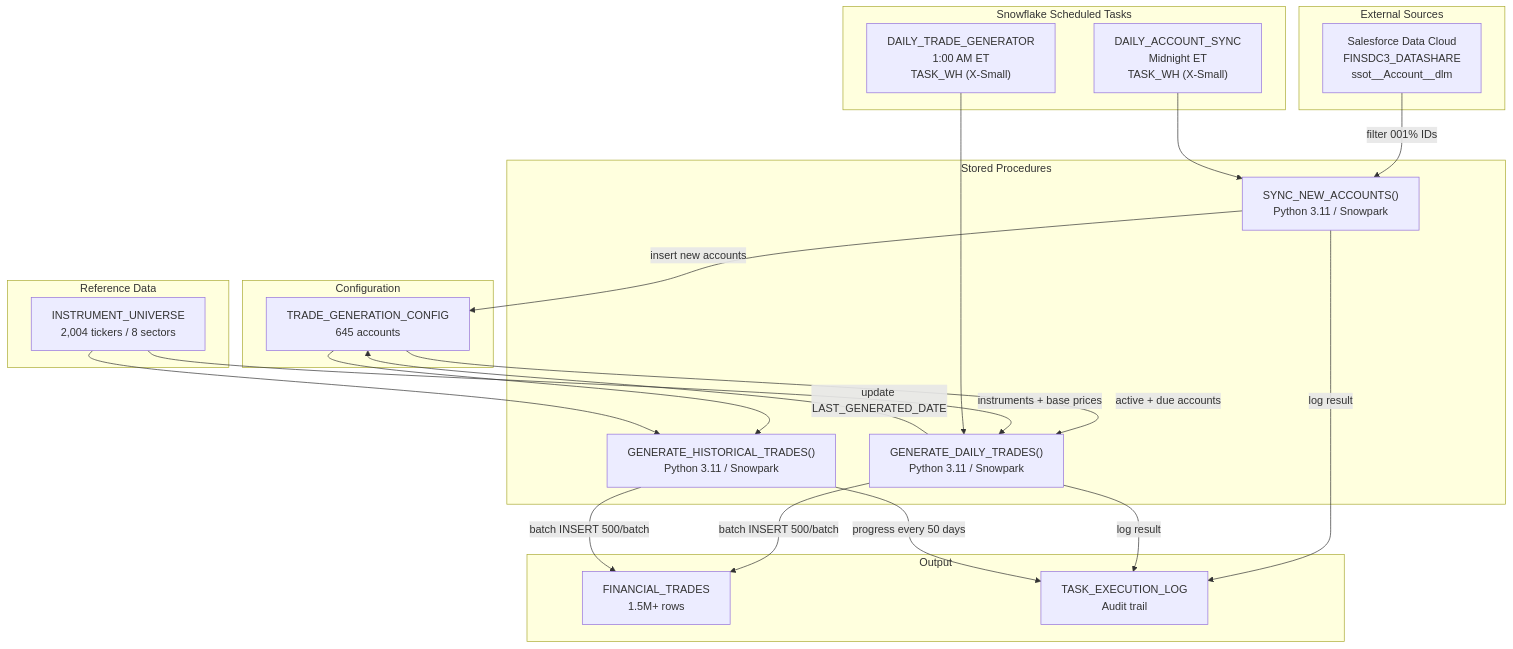
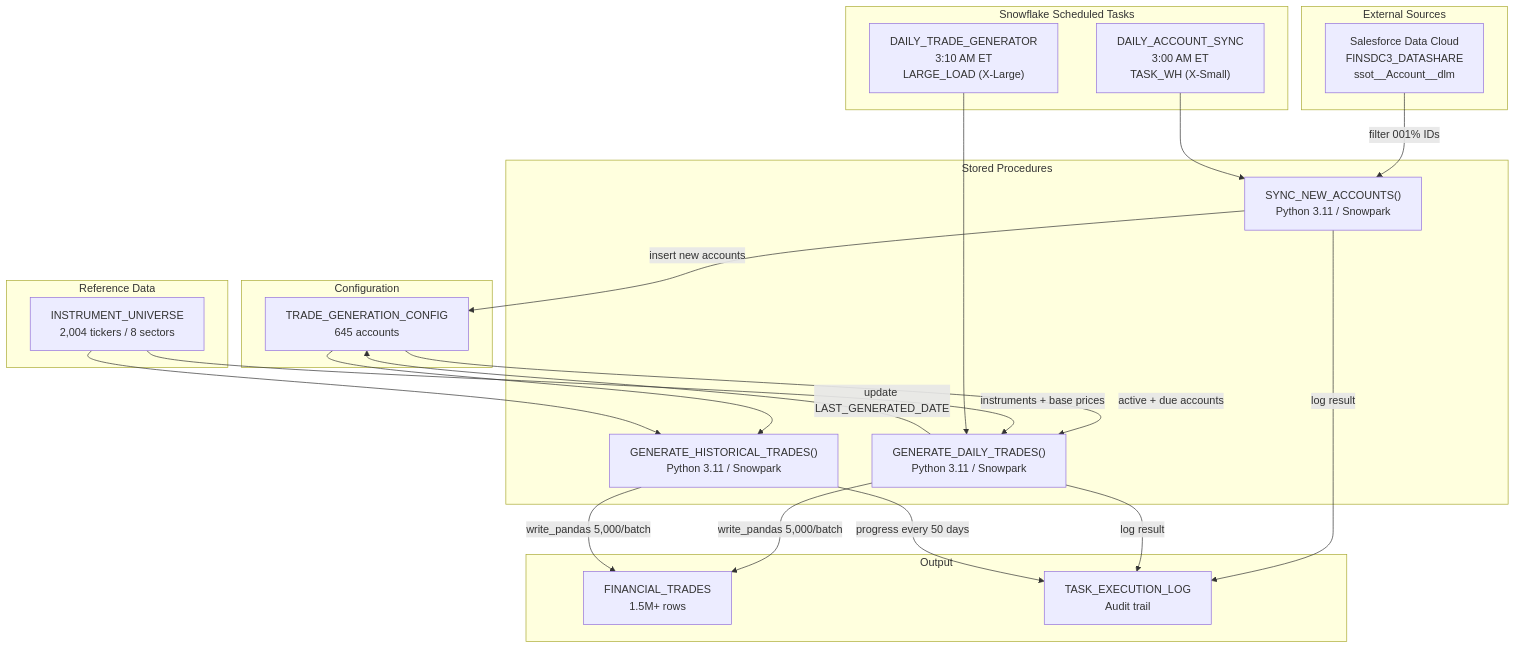
One commit to josers18/JDO changed the second of 3 diagrams in Financial_Trades_Generation/docs/architecture.md. Above: the diagram before and after it, drawn with Mermaid. The commit also changed other lines of this file and 103 other files, not shown here.

````diff
--- a/Financial_Trades_Generation/docs/architecture.md
+++ b/Financial_Trades_Generation/docs/architecture.md
@@ -61,47 +61,47 @@
 ```mermaid
 graph TB
     subgraph "External Sources"
         SF["Salesforce Data Cloud<br/>FINSDC3_DATASHARE<br/>ssot__Account__dlm"]
     end
 
     subgraph "Snowflake Scheduled Tasks"
-        T1["DAILY_ACCOUNT_SYNC<br/>Midnight ET<br/>TASK_WH (X-Small)"]
-        T2["DAILY_TRADE_GENERATOR<br/>1:00 AM ET<br/>TASK_WH (X-Small)"]
+        T1["DAILY_ACCOUNT_SYNC<br/>3:00 AM ET<br/>TASK_WH (X-Small)"]
+        T2["DAILY_TRADE_GENERATOR<br/>3:10 AM ET<br/>LARGE_LOAD (X-Large)"]
     end
 
     subgraph "Stored Procedures"
         P1["SYNC_NEW_ACCOUNTS()<br/>Python 3.11 / Snowpark"]
         P2["GENERATE_DAILY_TRADES()<br/>Python 3.11 / Snowpark"]
         P3["GENERATE_HISTORICAL_TRADES()<br/>Python 3.11 / Snowpark"]
     end
 
     subgraph "Reference Data"
         IU["INSTRUMENT_UNIVERSE<br/>2,004 tickers / 8 sectors"]
     end
 
     subgraph "Configuration"
         CFG["TRADE_GENERATION_CONFIG<br/>645 accounts"]
     end
 
     subgraph "Output"
         FT["FINANCIAL_TRADES<br/>1.5M+ rows"]
         LOG["TASK_EXECUTION_LOG<br/>Audit trail"]
     end
 
     SF -->|"filter 001% IDs"| P1
     T1 --> P1
     P1 -->|"insert new accounts"| CFG
     P1 -->|"log result"| LOG
 
     CFG -->|"active + due accounts"| P2
     IU -->|"instruments + base prices"| P2
     T2 --> P2
-    P2 -->|"batch INSERT 500/batch"| FT
+    P2 -->|"write_pandas 5,000/batch"| FT
     P2 -->|"log result"| LOG
     P2 -->|"update LAST_GENERATED_DATE"| CFG
 
     CFG --> P3
     IU --> P3
-    P3 -->|"batch INSERT 500/batch"| FT
+    P3 -->|"write_pandas 5,000/batch"| FT
     P3 -->|"progress every 50 days"| LOG
 ```
````
